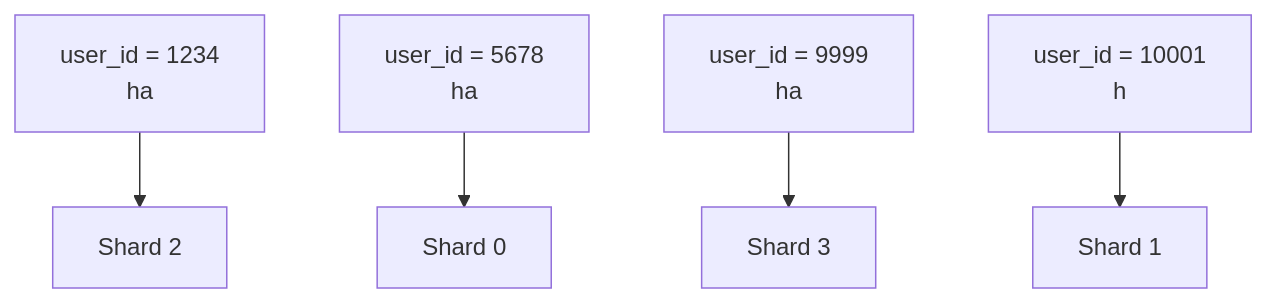
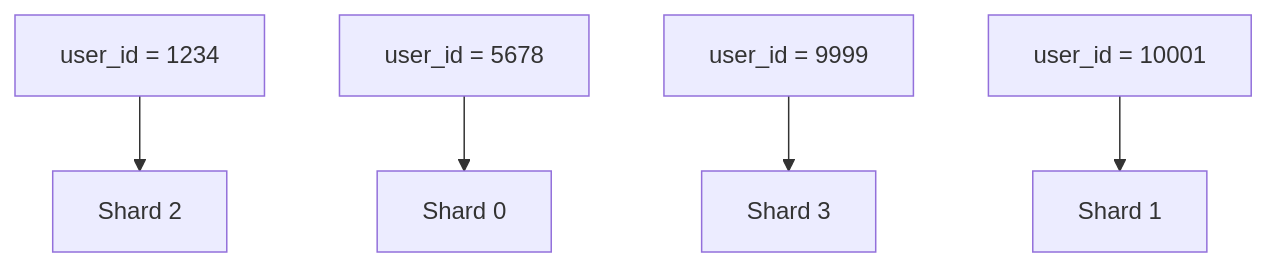
The fourth of 13 diagrams in _posts/db/2026-05-01-db-sharding.md (yjkim2015/yjkim2015.github.io), drawn with Mermaid before and after one commit. The commit also changed other lines of this file and 217 other files, not shown here.

First line of the commit message:
Mermaid 크기 수정: useMaxWidth:true + SVG max-width:100% + 라벨 축소

````diff
--- a/_posts/db/2026-05-01-db-sharding.md
+++ b/_posts/db/2026-05-01-db-sharding.md
@@ -101,7 +101,7 @@
 ```mermaid
 graph TD
-    K1["user_id = 1234\nha"] --> SH2["Shard 2"]
-    K2["user_id = 5678\nha"] --> SH0["Shard 0"]
-    K3["user_id = 9999\nha"] --> SH3["Shard 3"]
-    K4["user_id = 10001\nh"] --> SH1["Shard 1"]
+    K1["user_id = 1234"] --> SH2["Shard 2"]
+    K2["user_id = 5678"] --> SH0["Shard 0"]
+    K3["user_id = 9999"] --> SH3["Shard 3"]
+    K4["user_id = 10001"] --> SH1["Shard 1"]
 ```
````
